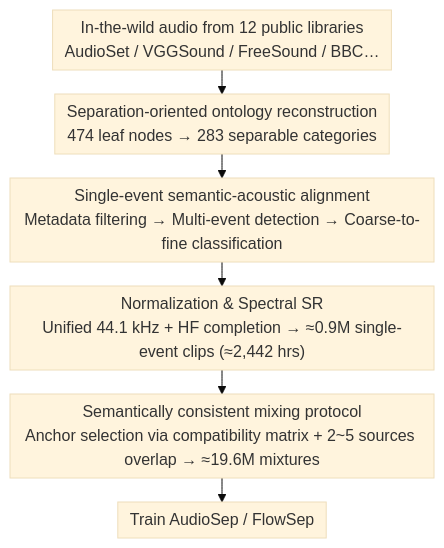
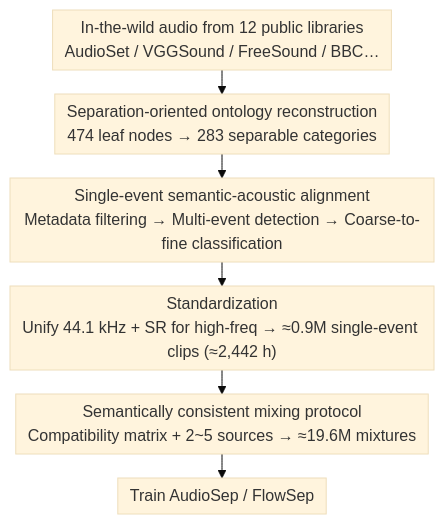
One commit to zhaoyang97/Paper-Notes-en changed the diagram in docs/ICML2026/audio_speech/a_semantically_consistent_dataset_for_data-efficient_query-based_universal_sound.md. Above: the diagram before and after it, drawn with Mermaid (base theme). The commit also changed other lines of this file and 5084 other files, not shown here.

````diff
--- a/docs/ICML2026/audio_speech/a_semantically_consistent_dataset_for_data-efficient_query-based_universal_sound.md
+++ b/docs/ICML2026/audio_speech/a_semantically_consistent_dataset_for_data-efficient_query-based_universal_sound.md
@@ -46,9 +46,9 @@
 ```mermaid
 %%{init: {'flowchart': {'rankSpacing': 24, 'nodeSpacing': 28, 'padding': 6, 'wrappingWidth': 400}}}%%
 flowchart TD
     A["In-the-wild audio from 12 public libraries<br/>AudioSet / VGGSound / FreeSound / BBC…"] --> B["Separation-oriented ontology reconstruction<br/>474 leaf nodes → 283 separable categories"]
     B --> C["Single-event semantic-acoustic alignment<br/>Metadata filtering → Multi-event detection → Coarse-to-fine classification"]
-    C --> D["Normalization & Spectral SR<br/>Unified 44.1 kHz + HF completion → ≈0.9M single-event clips (≈2,442 hrs)"]
-    D --> E["Semantically consistent mixing protocol<br/>Anchor selection via compatibility matrix + 2~5 sources overlap → ≈19.6M mixtures"]
+    C --> D["Standardization<br/>Unify 44.1 kHz + SR for high-freq → ≈0.9M single-event clips (≈2,442 h)"]
+    D --> E["Semantically consistent mixing protocol<br/>Compatibility matrix + 2~5 sources → ≈19.6M mixtures"]
     E --> F["Train AudioSep / FlowSep"]
 ```
````
